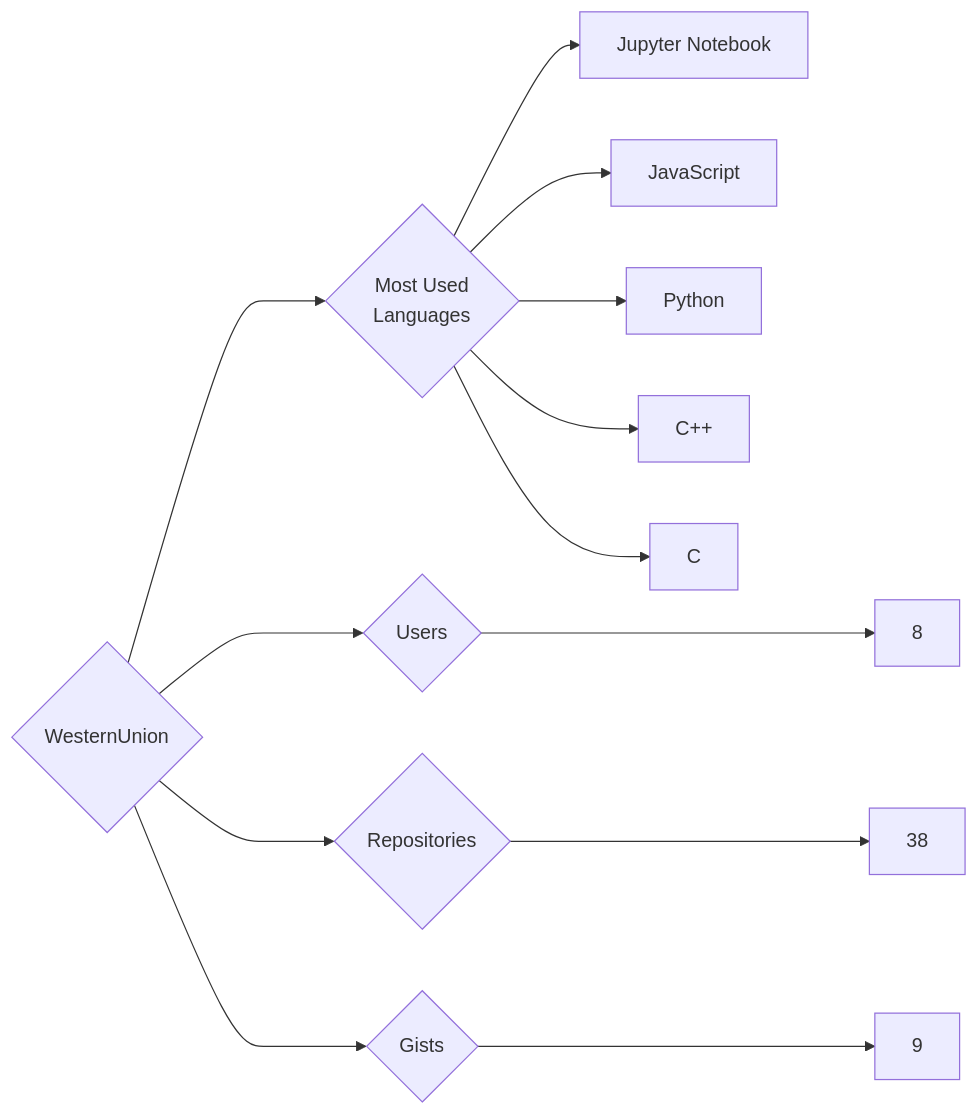
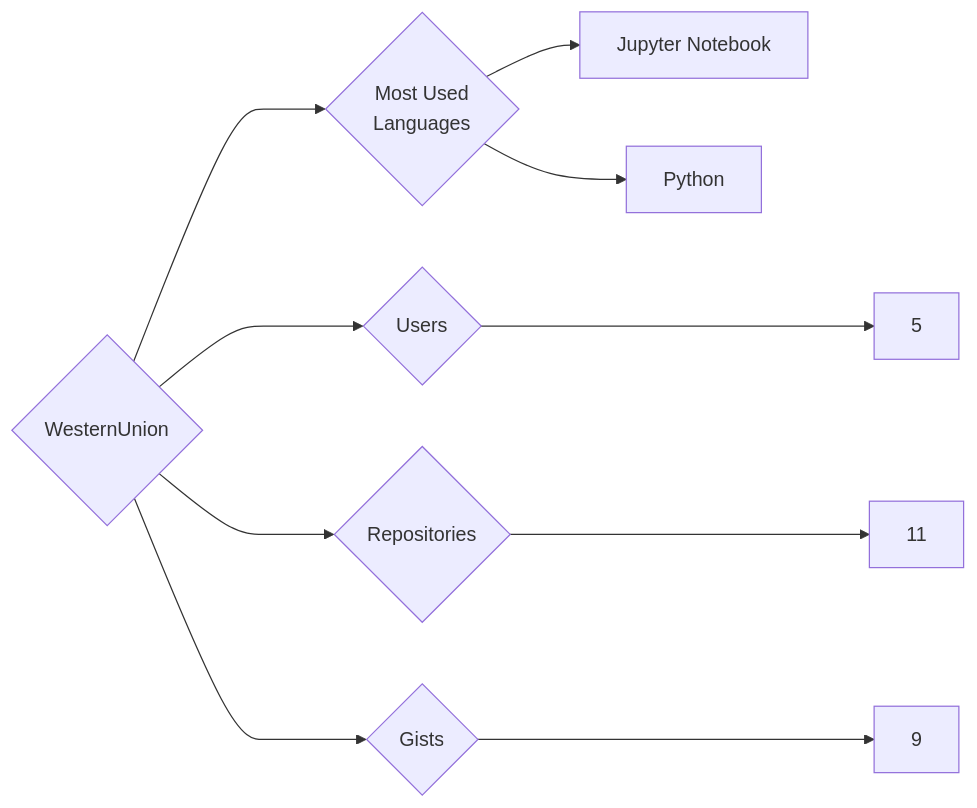
One commit to trickest/insiders changed the diagram in targets/WesternUnion/README.md. Above: the diagram before and after it, drawn with Mermaid. The commit also changed 797 other files, not shown here.

````diff
--- a/targets/WesternUnion/README.md
+++ b/targets/WesternUnion/README.md
@@ -3,13 +3,10 @@
 ```mermaid
 graph LR
 COMPANY_NAME{WesternUnion}
-COMPANY_NAME ---> U{Users} ---> UN[8]
-COMPANY_NAME ---> R{Repositories} ---> RN[38]
+COMPANY_NAME ---> U{Users} ---> UN[5]
+COMPANY_NAME ---> R{Repositories} ---> RN[11]
 COMPANY_NAME ---> G{Gists} ---> GN[9]
 COMPANY_NAME ---> ML{Most Used<br>Languages}
 ML --> Jupyter_Notebook[Jupyter Notebook]
-ML --> JavaScript[JavaScript]
 ML --> Python[Python]
-ML --> C++[C++]
-ML --> C[C]
 ```
````
